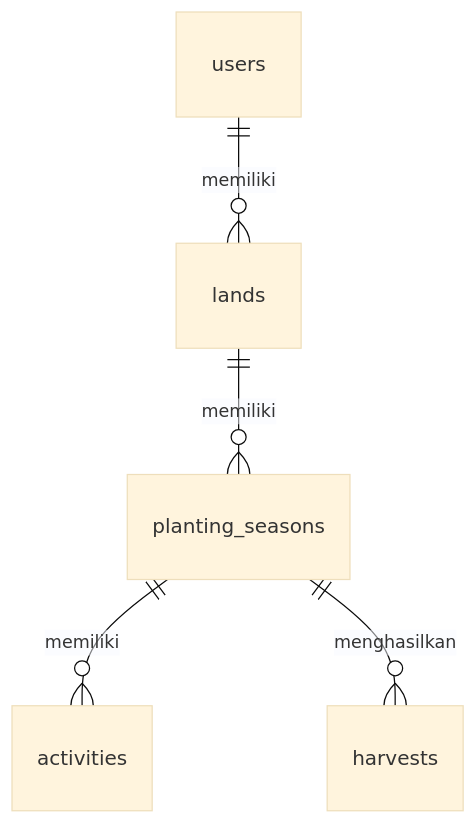
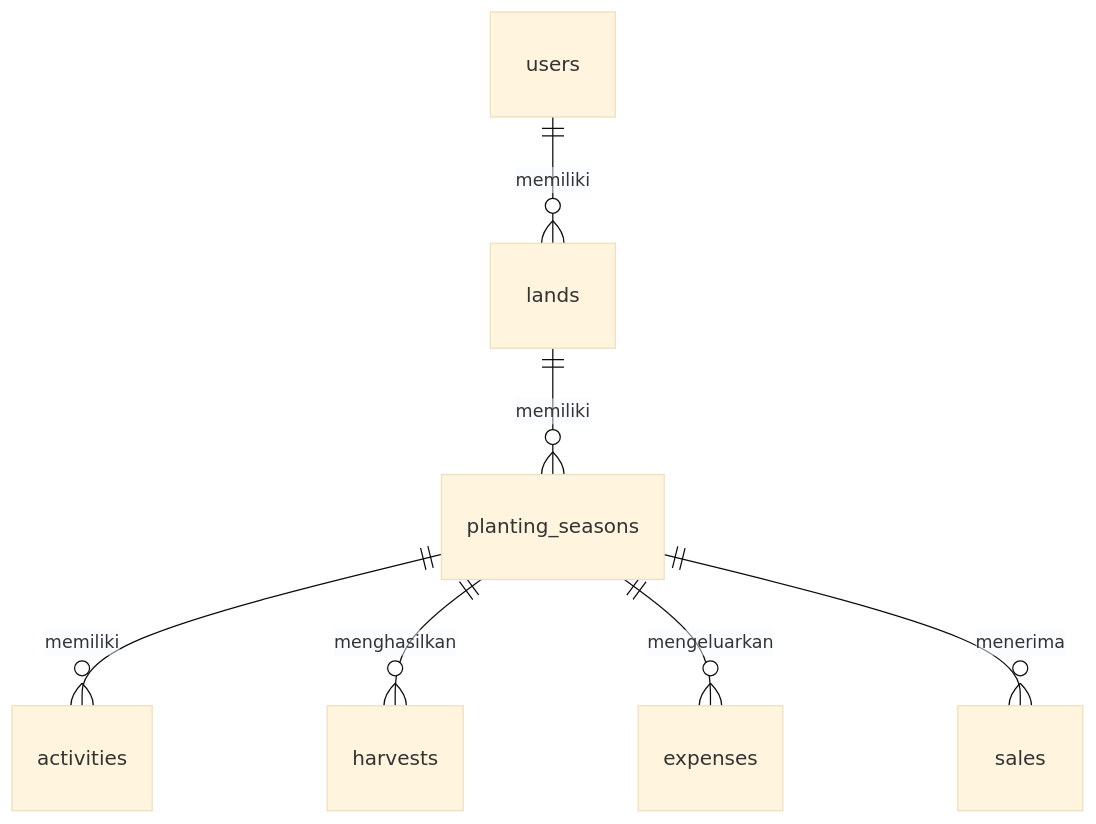
The diagram in docs/DATABASE.md (radhitya2006/Project-FarmLog), drawn with Mermaid (base theme) before and after one commit. The commit also changed other lines of this file and 37 other files, not shown here.

````diff
--- a/docs/DATABASE.md
+++ b/docs/DATABASE.md
@@ -16,7 +16,9 @@
 ```mermaid
 erDiagram
     users ||--o{ lands : memiliki
     lands ||--o{ planting_seasons : memiliki
     planting_seasons ||--o{ activities : memiliki
     planting_seasons ||--o{ harvests : menghasilkan
+    planting_seasons ||--o{ expenses : mengeluarkan
+    planting_seasons ||--o{ sales : menerima
 ```
````
